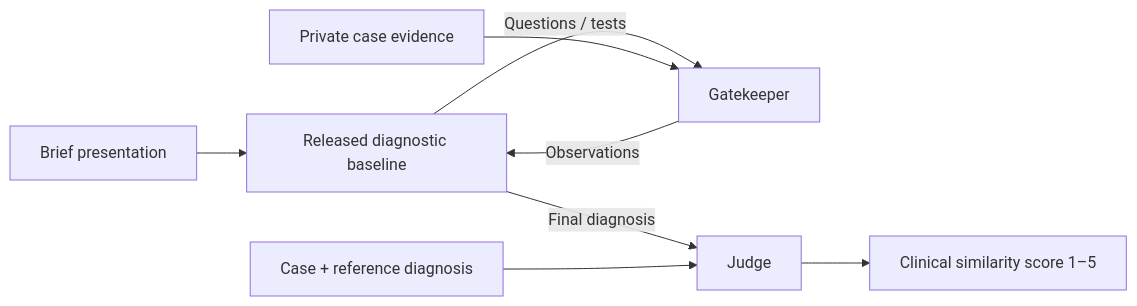
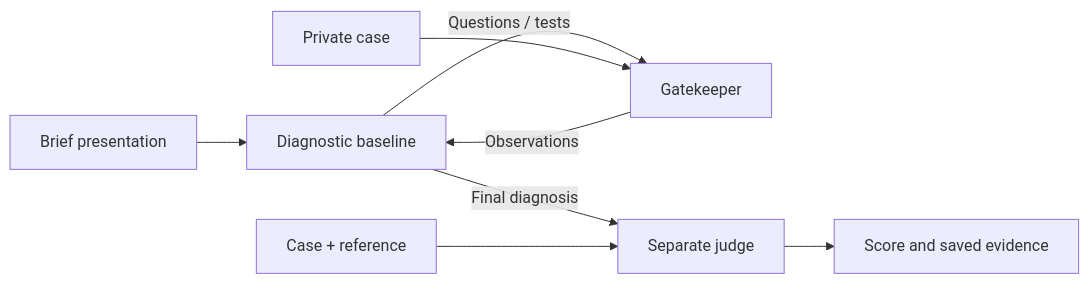
The diagram in README.md (Ali-Maq/sdbench), drawn with Mermaid before and after one commit. The commit also changed other lines of this file and 60 other files, not shown here.

First line of the commit message:
Trim Harbor extension to released baseline and verify cleanup

````diff
--- a/README.md
+++ b/README.md
@@ -23,10 +8,10 @@
 ```mermaid
 flowchart LR
-    S["Brief presentation"] --> D["Released diagnostic baseline"]
+    S["Brief presentation"] --> D["Diagnostic baseline"]
     D -->|"Questions / tests"| G["Gatekeeper"]
-    C["Private case evidence"] --> G
+    C["Private case"] --> G
     G -->|"Observations"| D
-    D -->|"Final diagnosis"| J["Judge"]
-    R["Case + reference diagnosis"] --> J
-    J --> O["Clinical similarity score 1–5"]
+    D -->|"Final diagnosis"| J["Separate judge"]
+    R["Case + reference"] --> J
+    J --> O["Score and saved evidence"]
 ```
````
